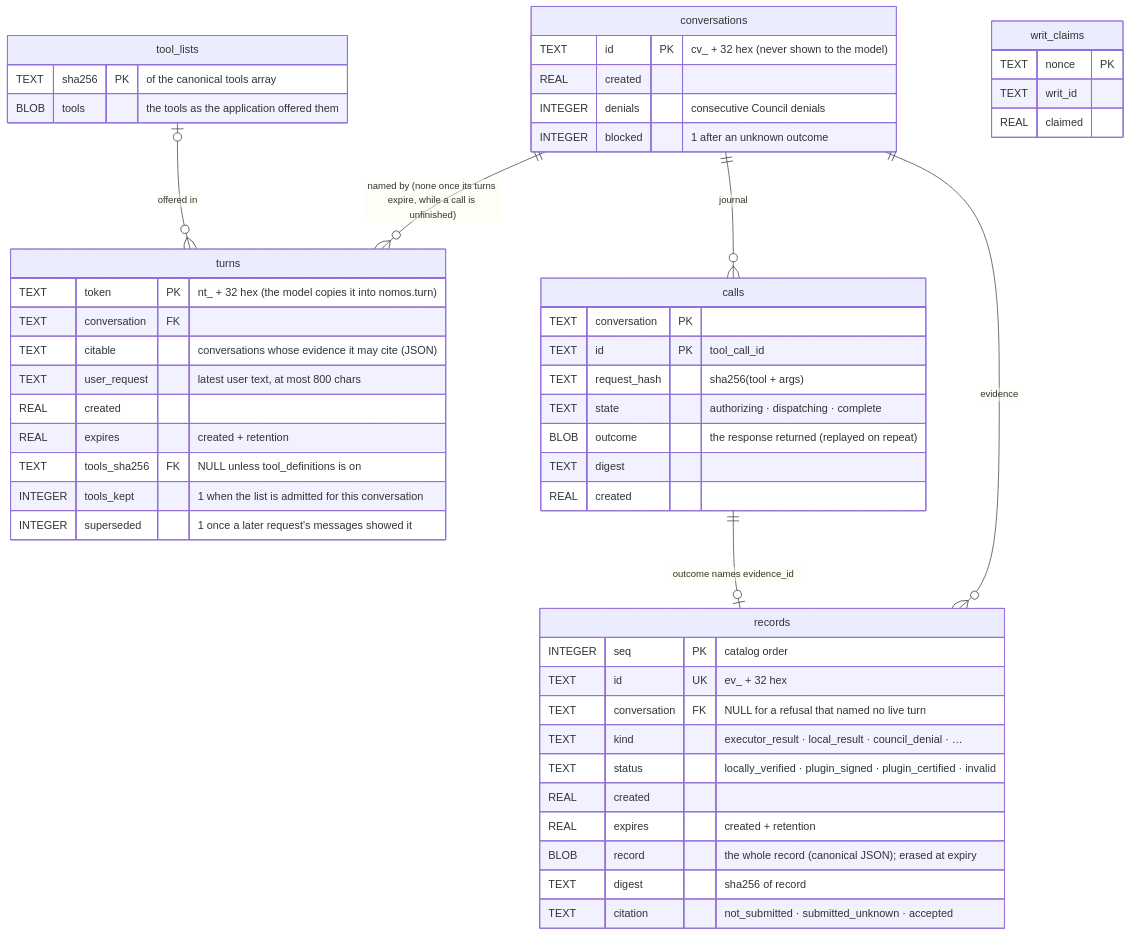
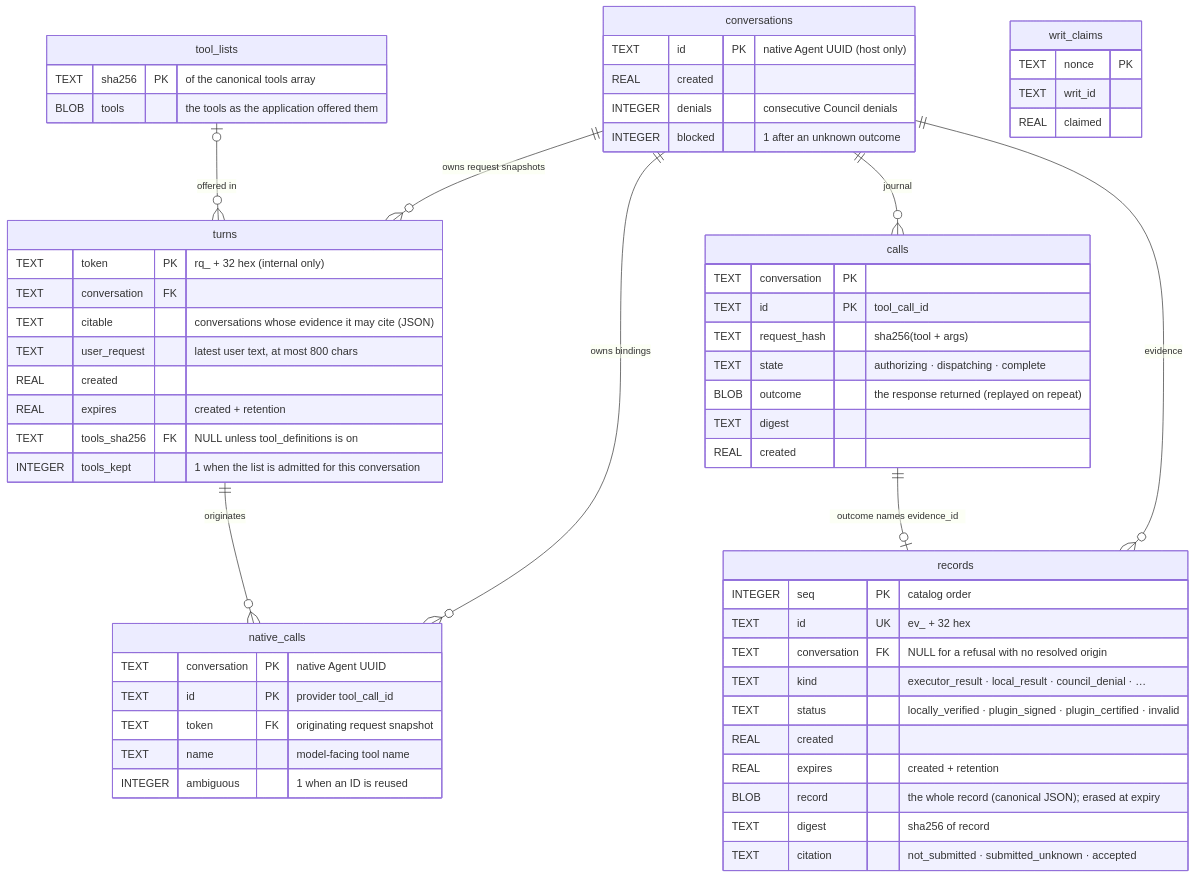
Before and after one commit to NVIDIA/Nomos: the diagram in integrations/nemo-relay/docs/architecture/07-storage-and-recovery.md, drawn with Mermaid. The commit also changed other lines of this file and 53 other files, not shown here.

Commit message:
feat(nemo-relay): correlate tool calls with native request origins

````diff
--- a/integrations/nemo-relay/docs/architecture/07-storage-and-recovery.md
+++ b/integrations/nemo-relay/docs/architecture/07-storage-and-recovery.md
@@ -64,55 +70,63 @@
 ```mermaid
 erDiagram
   conversations {
-    TEXT id PK "cv_ + 32 hex (never shown to the model)"
+    TEXT id PK "native Agent UUID (host only)"
     REAL created
     INTEGER denials "consecutive Council denials"
     INTEGER blocked "1 after an unknown outcome"
   }
   turns {
-    TEXT token PK "nt_ + 32 hex (the model copies it into nomos.turn)"
+    TEXT token PK "rq_ + 32 hex (internal only)"
     TEXT conversation FK
     TEXT citable "conversations whose evidence it may cite (JSON)"
     TEXT user_request "latest user text, at most 800 chars"
     REAL created
     REAL expires "created + retention"
     TEXT tools_sha256 FK "NULL unless tool_definitions is on"
     INTEGER tools_kept "1 when the list is admitted for this conversation"
-    INTEGER superseded "1 once a later request's messages showed it"
+  }
+  native_calls {
+    TEXT conversation PK "native Agent UUID"
+    TEXT id PK "provider tool_call_id"
+    TEXT token FK "originating request snapshot"
+    TEXT name "model-facing tool name"
+    INTEGER ambiguous "1 when an ID is reused"
   }
   tool_lists {
     TEXT sha256 PK "of the canonical tools array"
     BLOB tools "the tools as the application offered them"
   }
   records {
     INTEGER seq PK "catalog order"
     TEXT id UK "ev_ + 32 hex"
-    TEXT conversation FK "NULL for a refusal that named no live turn"
+    TEXT conversation FK "NULL for a refusal with no resolved origin"
     TEXT kind "executor_result · local_result · council_denial · …"
     TEXT status "locally_verified · plugin_signed · plugin_certified · invalid"
     REAL created
     REAL expires "created + retention"
     BLOB record "the whole record (canonical JSON); erased at expiry"
     TEXT digest "sha256 of record"
     TEXT citation "not_submitted · submitted_unknown · accepted"
   }
   calls {
     TEXT conversation PK
     TEXT id PK "tool_call_id"
     TEXT request_hash "sha256(tool + args)"
     TEXT state "authorizing · dispatching · complete"
     BLOB outcome "the response returned (replayed on repeat)"
     TEXT digest
     REAL created
   }
   writ_claims {
     TEXT nonce PK
     TEXT writ_id
     REAL claimed
   }
-  conversations ||--o{ turns : "named by (none once its turns expire, while a call is unfinished)"
+  conversations ||--o{ turns : "owns request snapshots"
+  conversations ||--o{ native_calls : "owns bindings"
+  turns ||--o{ native_calls : "originates"
   tool_lists |o--o{ turns : "offered in"
   conversations ||--o{ calls : "journal"
   conversations ||--o{ records : "evidence"
   calls ||--o| records : "outcome names evidence_id"
 ```
````
